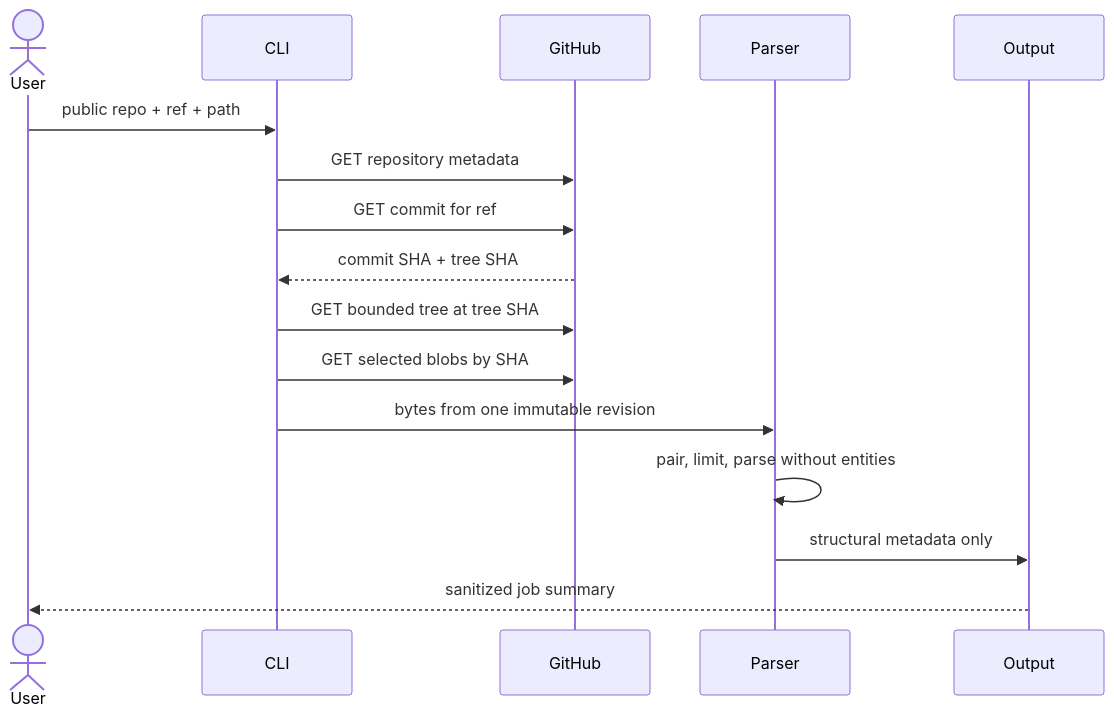
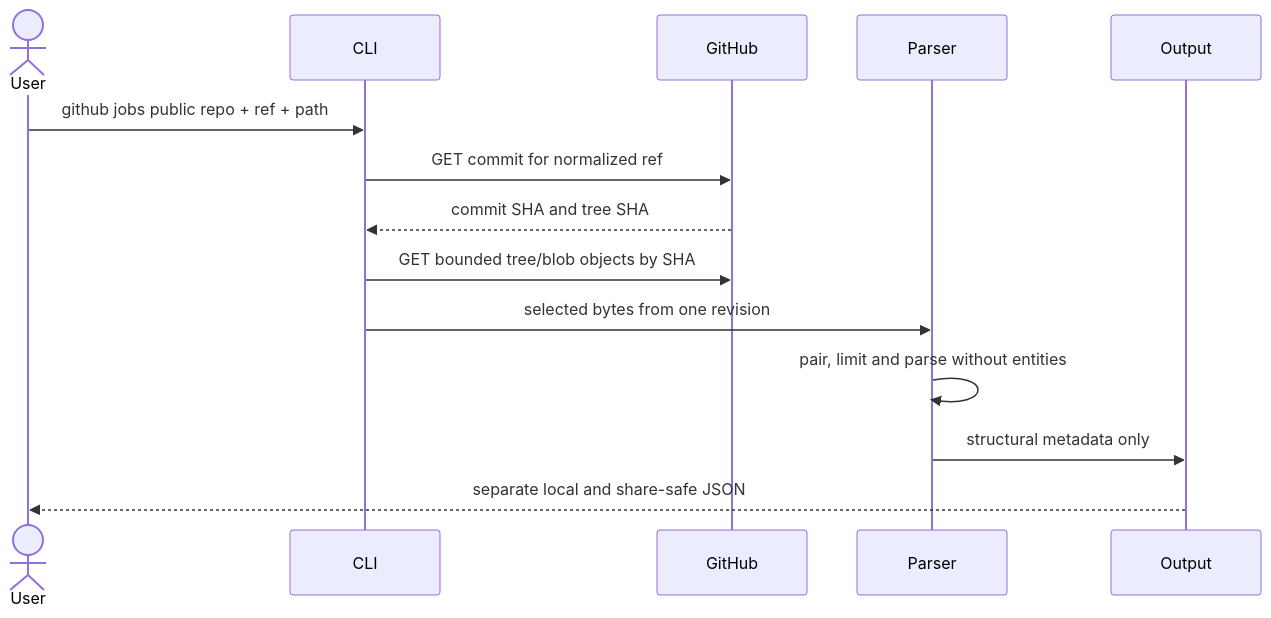
One commit to emrekaany/talend-cloud-github-api-starter changed the fourth of 4 diagrams in docs/architecture.md. Above: the diagram before and after it, drawn with Mermaid. The commit also changed other lines of this file and 44 other files, not shown here.

Commit message:
feat: release Talend API and GitHub API CLI v0.2

````diff
--- a/docs/architecture.md
+++ b/docs/architecture.md
@@ -77,19 +106,17 @@
 ```mermaid
 sequenceDiagram
     actor User
     participant CLI
     participant GitHub
     participant Parser
     participant Output
 
-    User->>CLI: public repo + ref + path
-    CLI->>GitHub: GET repository metadata
-    CLI->>GitHub: GET commit for ref
-    GitHub-->>CLI: commit SHA + tree SHA
-    CLI->>GitHub: GET bounded tree at tree SHA
-    CLI->>GitHub: GET selected blobs by SHA
-    CLI->>Parser: bytes from one immutable revision
-    Parser->>Parser: pair, limit, parse without entities
+    User->>CLI: github jobs public repo + ref + path
+    CLI->>GitHub: GET commit for normalized ref
+    GitHub-->>CLI: commit SHA and tree SHA
+    CLI->>GitHub: GET bounded tree/blob objects by SHA
+    CLI->>Parser: selected bytes from one revision
+    Parser->>Parser: pair, limit and parse without entities
     Parser->>Output: structural metadata only
-    Output-->>User: sanitized job summary
+    Output-->>User: separate local and share-safe JSON
 ```
````
